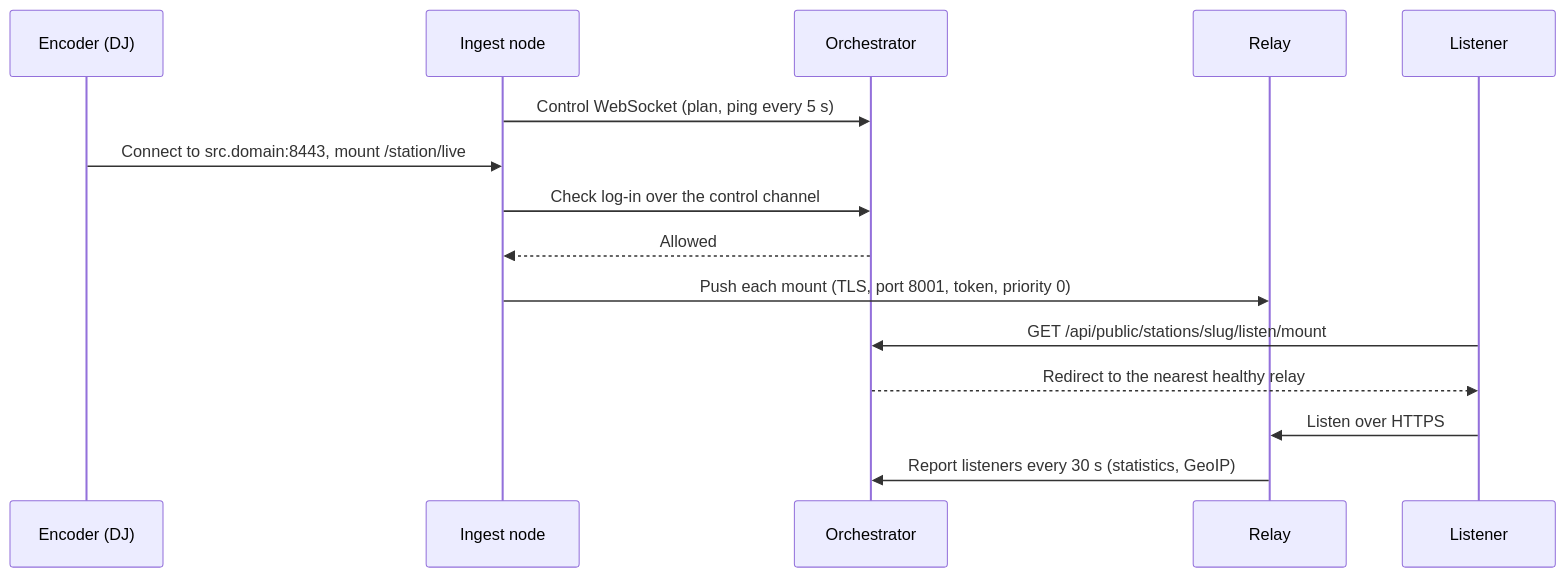
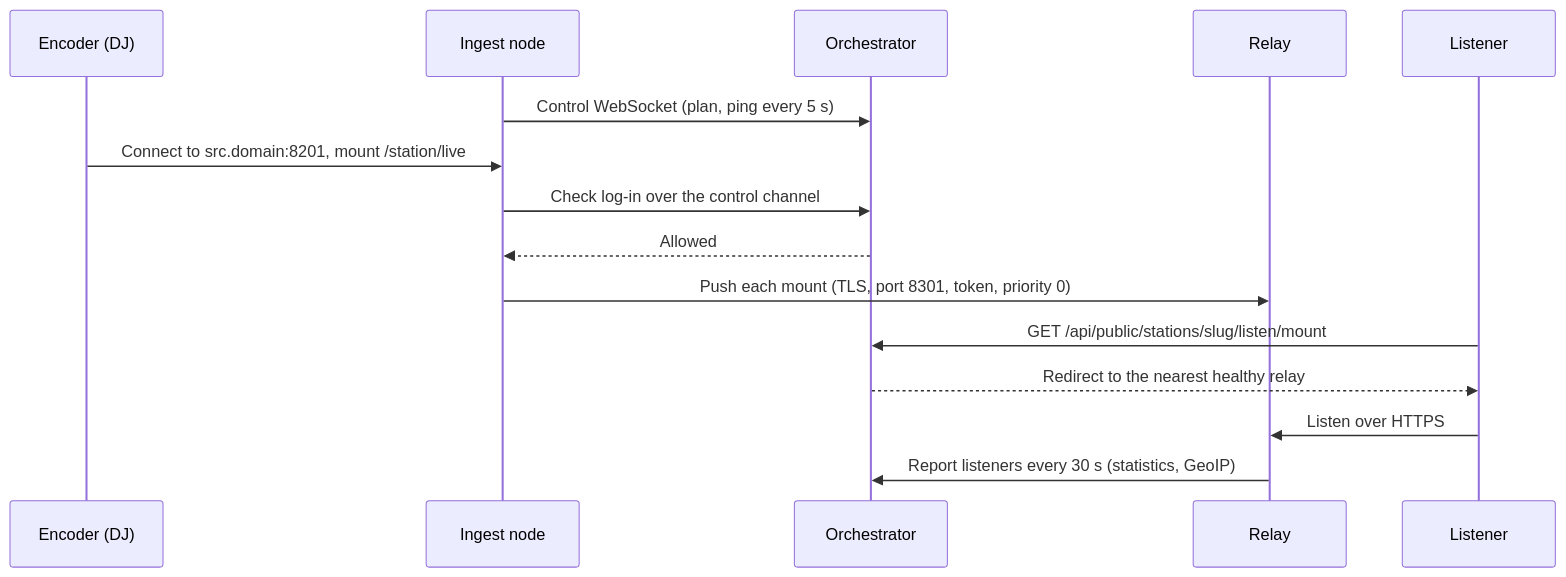
The diagram in README.md (rhisijmuiden/hosted-radio-station), drawn with Mermaid before and after one commit. The commit also changed other lines of this file and 41 other files, not shown here.

````diff
--- a/README.md
+++ b/README.md
@@ -118,17 +118,17 @@
 ```mermaid
 sequenceDiagram
     participant DJ as Encoder (DJ)
     participant IN as Ingest node
     participant OR as Orchestrator
     participant RL as Relay
     participant LS as Listener
     IN->>OR: Control WebSocket (plan, ping every 5 s)
-    DJ->>IN: Connect to src.domain:8443, mount /station/live
+    DJ->>IN: Connect to src.domain:8201, mount /station/live
     IN->>OR: Check log-in over the control channel
     OR-->>IN: Allowed
-    IN->>RL: Push each mount (TLS, port 8001, token, priority 0)
+    IN->>RL: Push each mount (TLS, port 8301, token, priority 0)
     LS->>OR: GET /api/public/stations/slug/listen/mount
     OR-->>LS: Redirect to the nearest healthy relay
     LS->>RL: Listen over HTTPS
     RL->>OR: Report listeners every 30 s (statistics, GeoIP)
 ```
````
